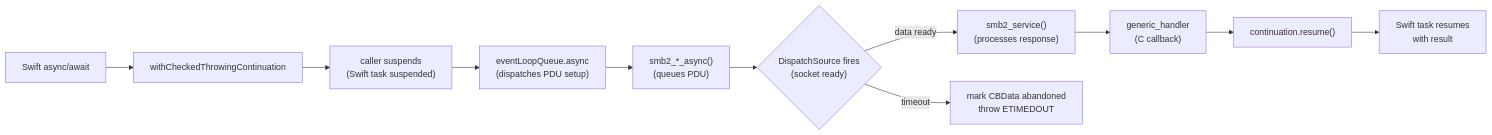
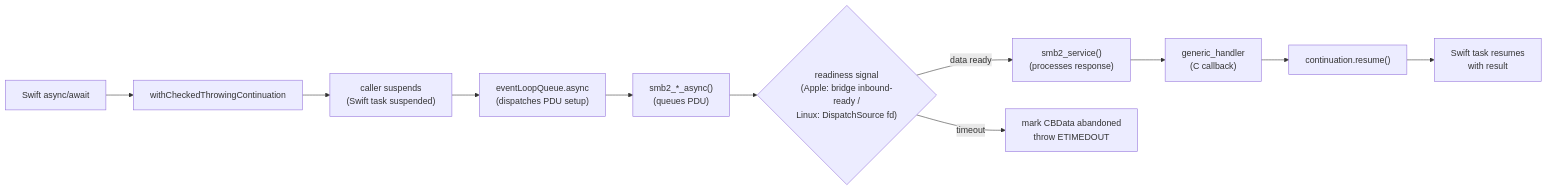
The third of 7 diagrams in docs/ARCHITECTURE.md (simplekube-ro/AMSMB2), drawn with Mermaid before and after one commit. The commit also changed other lines of this file and 6 other files, not shown here.

````diff
--- a/docs/ARCHITECTURE.md
+++ b/docs/ARCHITECTURE.md
@@ -109,13 +127,13 @@
 ```mermaid
 flowchart LR
     A["Swift async/await"] --> B["withCheckedThrowingContinuation"]
     B --> C["caller suspends<br/>(Swift task suspended)"]
     C --> D["eventLoopQueue.async<br/>(dispatches PDU setup)"]
     D --> E["smb2_*_async()<br/>(queues PDU)"]
-    E --> F{"DispatchSource fires<br/>(socket ready)"}
+    E --> F{"readiness signal<br/>(Apple: bridge inbound-ready /<br/>Linux: DispatchSource fd)"}
     F -->|"data ready"| G["smb2_service()<br/>(processes response)"]
     G --> H["generic_handler<br/>(C callback)"]
     H --> I["continuation.resume()"]
     I --> J["Swift task resumes<br/>with result"]
     F -->|"timeout"| K["mark CBData abandoned<br/>throw ETIMEDOUT"]
 ```
````
